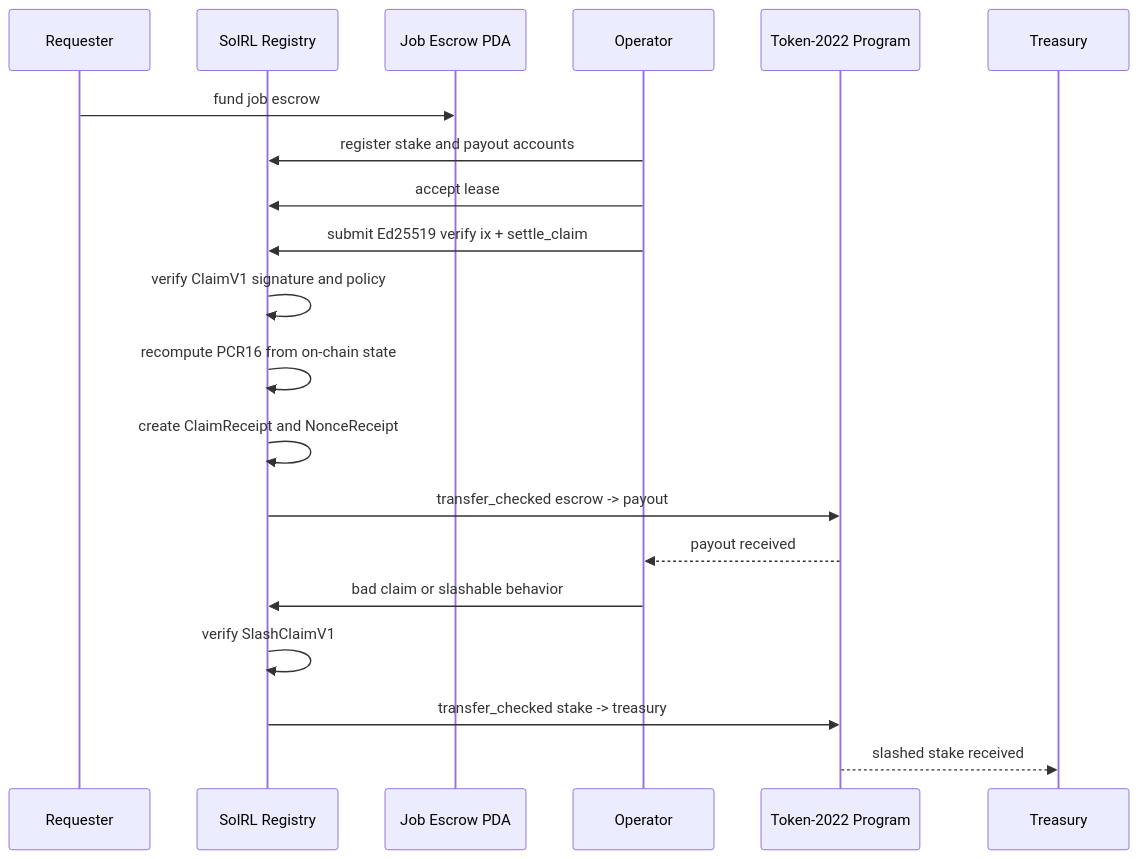
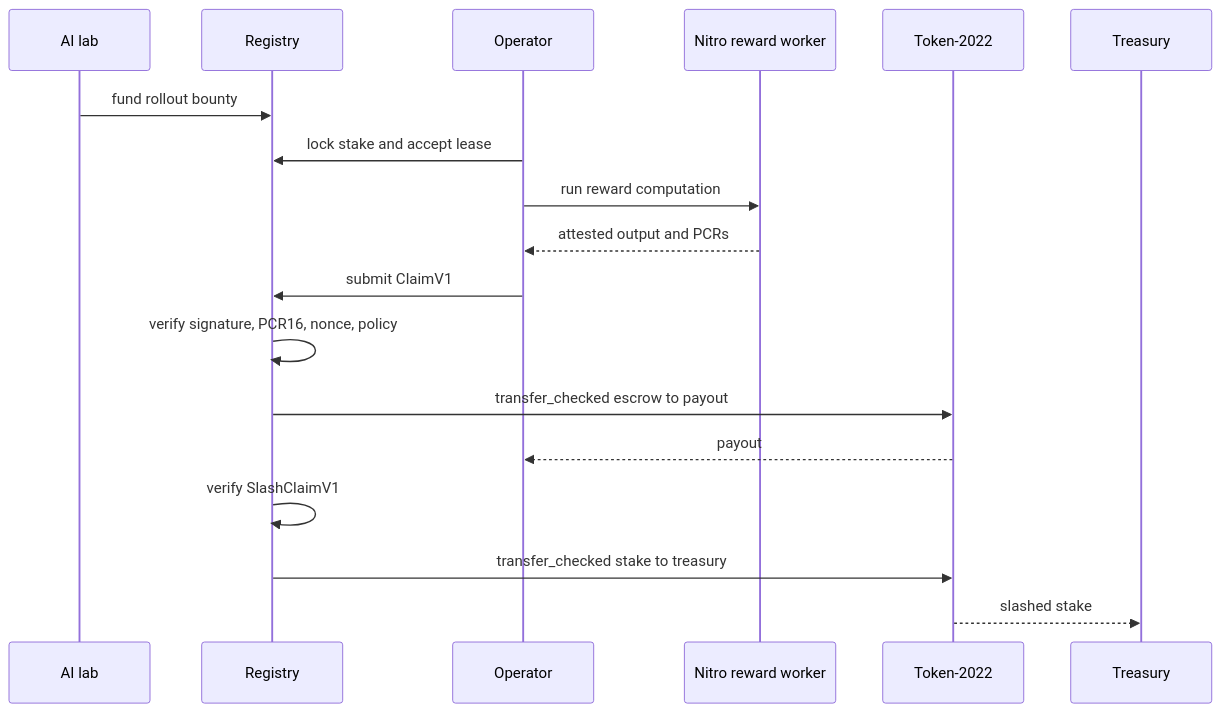
Before and after one commit to arakoodev/SolRL: the eighth of 13 diagrams in why.md, drawn with Mermaid. The commit also changed other lines of this file and 1 other file, not shown here.

Commit message:
Refine SolRL investor narrative

````diff
--- a/why.md
+++ b/why.md
@@ -151,24 +225,22 @@
 ```mermaid
 sequenceDiagram
-    participant Requester
-    participant Registry as SolRL Registry
-    participant Escrow as Job Escrow PDA
+    participant Lab as AI lab
+    participant Registry
     participant Operator
-    participant Token as Token-2022 Program
+    participant Nitro as Nitro reward worker
+    participant Token as Token-2022
     participant Treasury
 
-    Requester->>Escrow: fund job escrow
-    Operator->>Registry: register stake and payout accounts
-    Operator->>Registry: accept lease
-    Operator->>Registry: submit Ed25519 verify ix + settle_claim
-    Registry->>Registry: verify ClaimV1 signature and policy
-    Registry->>Registry: recompute PCR16 from on-chain state
-    Registry->>Registry: create ClaimReceipt and NonceReceipt
-    Registry->>Token: transfer_checked escrow -> payout
-    Token-->>Operator: payout received
+    Lab->>Registry: fund rollout bounty
+    Operator->>Registry: lock stake and accept lease
+    Operator->>Nitro: run reward computation
+    Nitro-->>Operator: attested output and PCRs
+    Operator->>Registry: submit ClaimV1
+    Registry->>Registry: verify signature, PCR16, nonce, policy
+    Registry->>Token: transfer_checked escrow to payout
+    Token-->>Operator: payout
 
-    Operator->>Registry: bad claim or slashable behavior
     Registry->>Registry: verify SlashClaimV1
-    Registry->>Token: transfer_checked stake -> treasury
-    Token-->>Treasury: slashed stake received
+    Registry->>Token: transfer_checked stake to treasury
+    Token-->>Treasury: slashed stake
 ```
````
